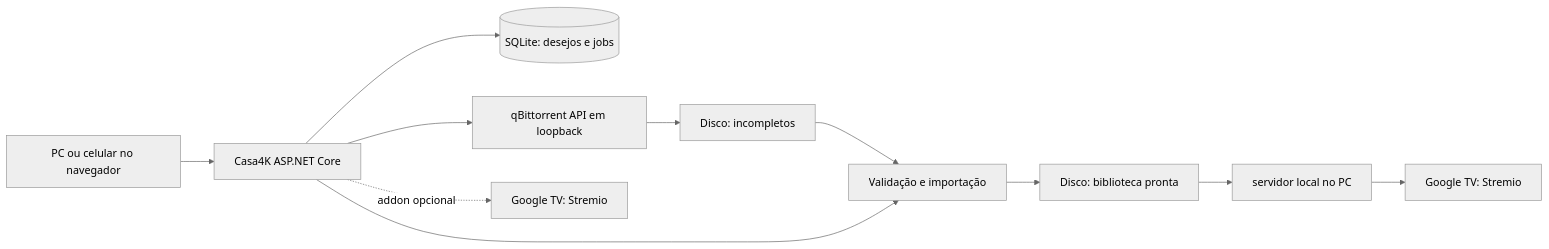
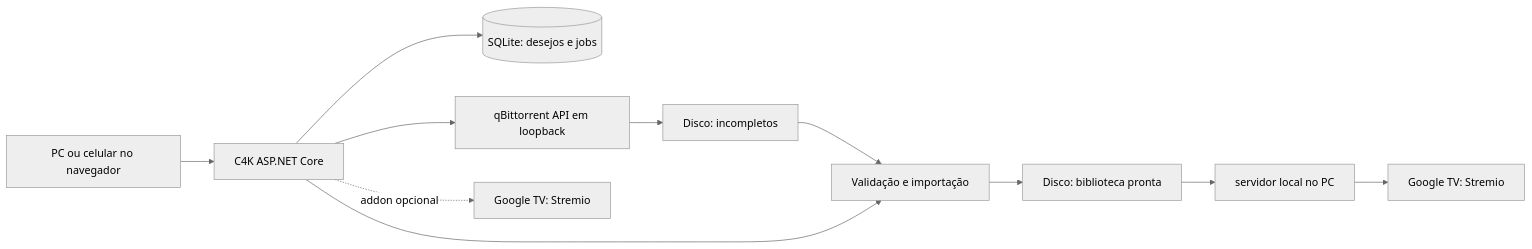
One commit to juniorags1/c4k changed the diagram in .planning/research/archive/INITIAL-ARCHITECTURE.md. Above: the diagram before and after it, drawn with Mermaid (neutral theme). The commit also changed other lines of this file and 34 other files, not shown here.

````diff
--- a/.planning/research/archive/INITIAL-ARCHITECTURE.md
+++ b/.planning/research/archive/INITIAL-ARCHITECTURE.md
@@ -5,13 +5,13 @@
 ```mermaid
 flowchart LR
-    U[PC ou celular no navegador] --> C[Casa4K ASP.NET Core]
+    U[PC ou celular no navegador] --> C[C4K ASP.NET Core]
     C --> DB[(SQLite: desejos e jobs)]
     C --> Q[qBittorrent API em loopback]
     Q --> I[Disco: incompletos]
     I --> V[Validação e importação]
     V --> L[Disco: biblioteca pronta]
     C --> V
     L --> J[servidor local no PC]
     J --> TV[Google TV: Stremio]
     C -. addon opcional .-> ST[Google TV: Stremio]
 ```
````
